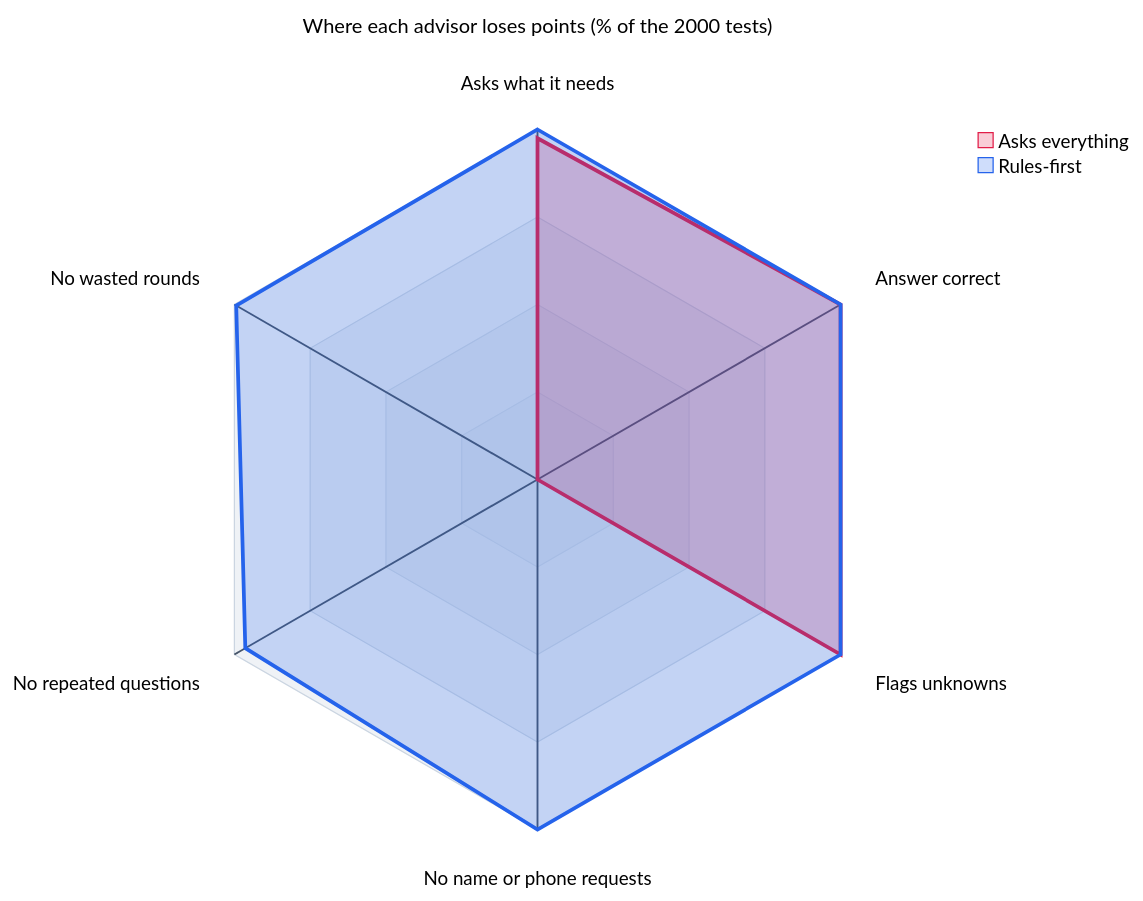
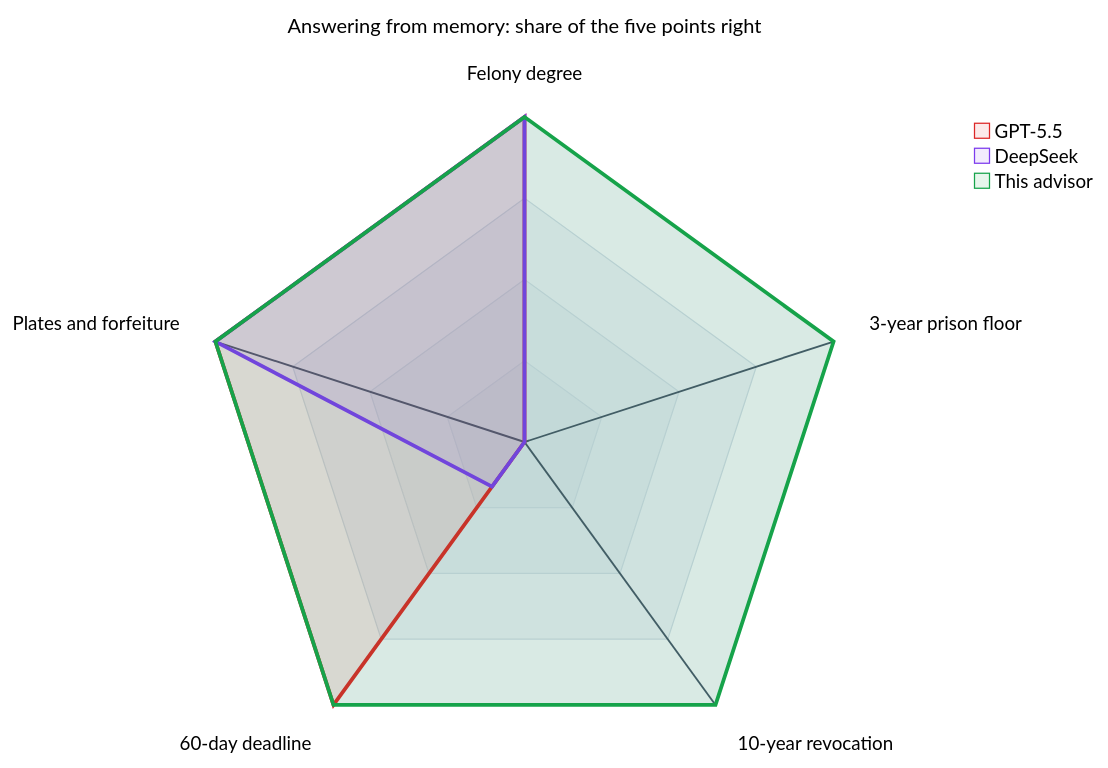
Before and after one commit to Haddley/haddley.github.io: the first of 6 diagrams in content/azurefoundryagent7.md, drawn with Mermaid. The commit also changed other lines of this file and 4 other files, not shown here.

````diff
--- a/content/azurefoundryagent7.md
+++ b/content/azurefoundryagent7.md
@@ -175,13 +34,14 @@
 ```mermaid
-%%{init: {"theme": "neutral", "themeVariables": {"cScale0": "#e11d48", "cScale1": "#2563eb", "radar": {"curveOpacity": 0.22, "curveStrokeWidth": 3, "axisColor": "#475569", "axisStrokeWidth": 1.5, "axisLabelFontSize": 15, "graticuleColor": "#cbd5e1", "graticuleStrokeWidth": 1, "legendFontSize": 15, "legendBoxSize": 16}}, "radar": {"width": 560, "height": 560, "marginTop": 90, "marginBottom": 60, "marginLeft": 170, "marginRight": 190, "axisLabelFactor": 1.1}}}%%
+%%{init: {"theme": "neutral", "themeVariables": {"cScale0": "#dc2626", "cScale1": "#7c3aed", "cScale2": "#16a34a", "radar": {"curveOpacity": 0.1, "curveStrokeWidth": 3, "axisColor": "#475569", "axisStrokeWidth": 1.5, "axisLabelFontSize": 15, "graticuleColor": "#cbd5e1", "graticuleStrokeWidth": 1, "legendFontSize": 15, "legendBoxSize": 15}}, "radar": {"width": 520, "height": 520, "marginTop": 80, "marginBottom": 60, "marginLeft": 150, "marginRight": 220, "axisLabelFactor": 1.1}}}%%
 radar-beta
-    title Where each advisor loses points (% of the 2000 tests)
-    axis ask["Asks what it needs"], ans["Answer correct"], unk["Flags unknowns"], pii["No name or phone requests"], rep["No repeated questions"], wst["No wasted rounds"]
-    curve ch["Asks everything"]{97.5, 100, 100, 0, 0, 0}
-    curve rf["Rules-first"]{100, 100, 100, 100, 96.4, 99.4}
+    title Answering from memory: share of the five points right
+    axis dg["Felony degree"], fl["3-year prison floor"], rv["10-year revocation"], dl["60-day deadline"], vh["Plates and forfeiture"]
+    curve g55["GPT-5.5"]{100, 0, 0, 100, 100}
+    curve dsn["DeepSeek"]{100, 0, 0, 17, 100}
+    curve app["This advisor"]{100, 100, 100, 100, 100}
     max 100
     min 0
     graticule polygon
     ticks 4
     showLegend true
 ```
````
